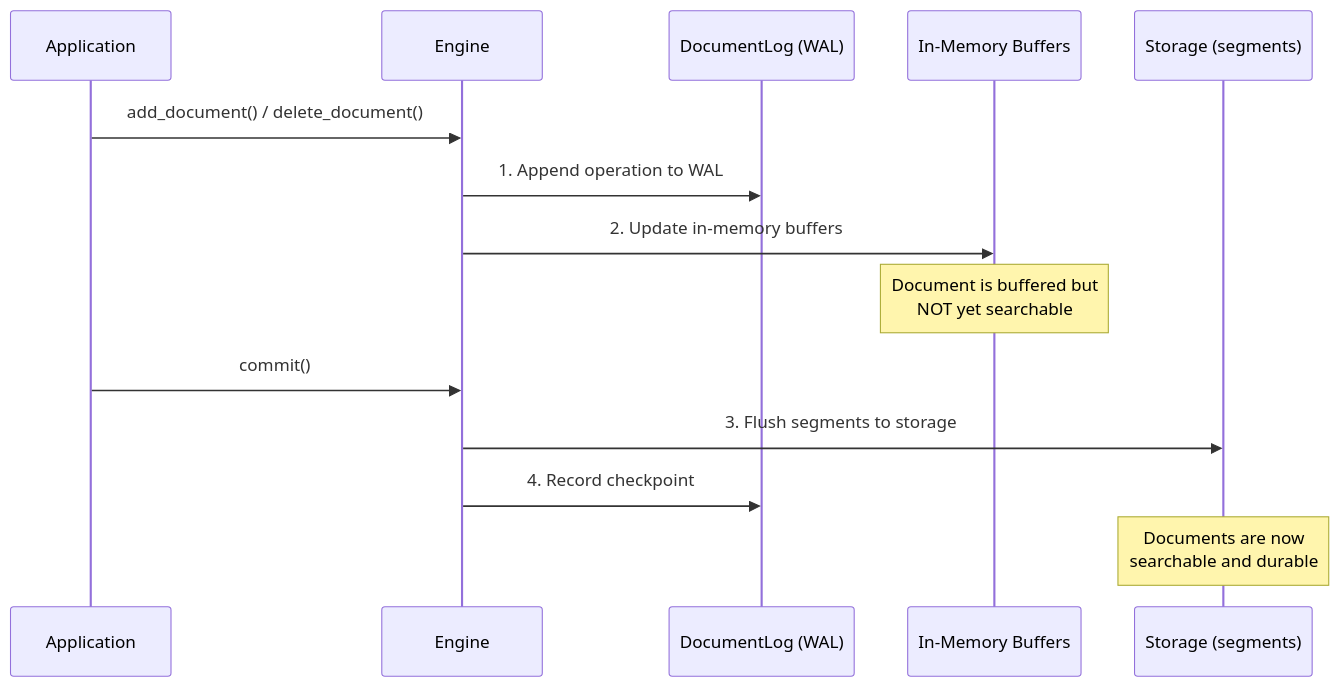
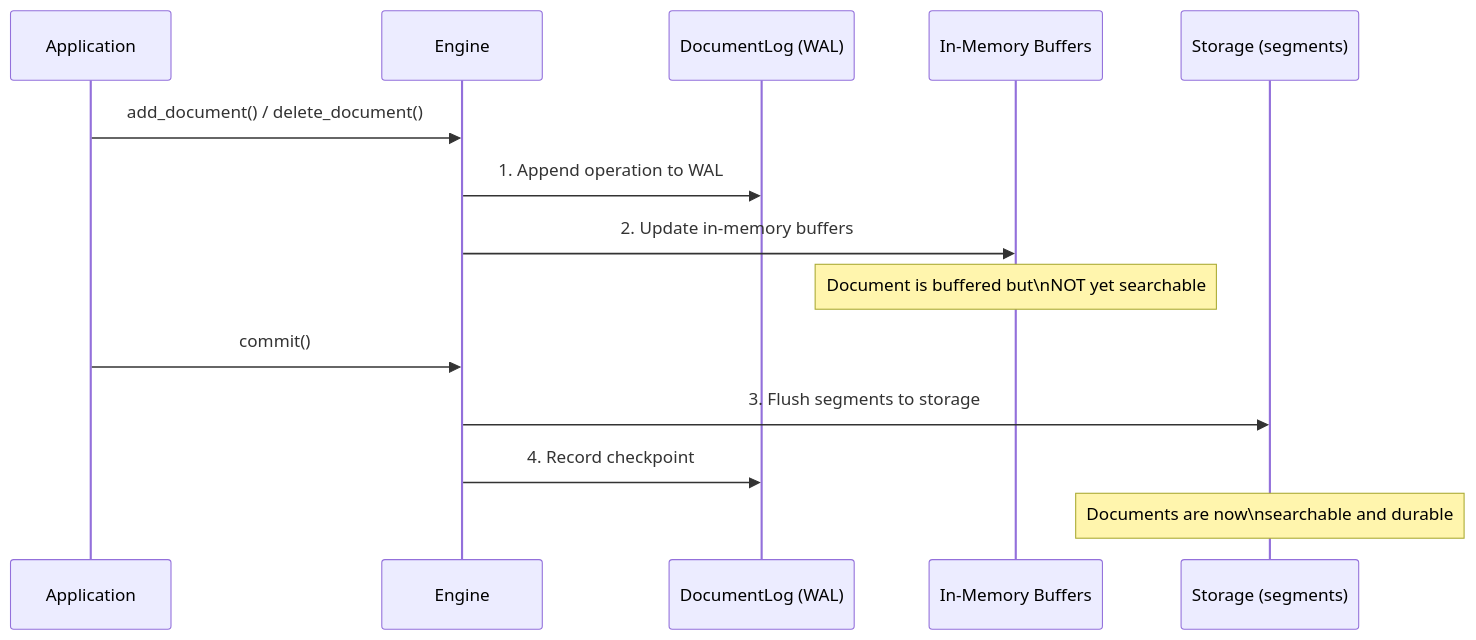
Before and after one commit to mosuka/iris: the first of 2 diagrams in docs/src/advanced/persistence.md, drawn with Mermaid. The commit also changed other lines of this file and 10 other files, not shown here.

Commit message:
Fix Mermaid diagrams

````diff
--- a/docs/src/advanced/persistence.md
+++ b/docs/src/advanced/persistence.md
@@ -7,19 +7,19 @@
-<div class="mermaid">
+```mermaid
 sequenceDiagram
     participant App as Application
     participant Engine
     participant WAL as DocumentLog (WAL)
     participant Mem as In-Memory Buffers
     participant Disk as Storage (segments)
 
     App->>Engine: add_document() / delete_document()
     Engine->>WAL: 1. Append operation to WAL
     Engine->>Mem: 2. Update in-memory buffers
 
-    Note over Mem: Document is buffered but<br/>NOT yet searchable
+    Note over Mem: Document is buffered but\nNOT yet searchable
 
     App->>Engine: commit()
     Engine->>Disk: 3. Flush segments to storage
     Engine->>WAL: 4. Record checkpoint
-    Note over Disk: Documents are now<br/>searchable and durable
-</div>
+    Note over Disk: Documents are now\nsearchable and durable
+```
````
